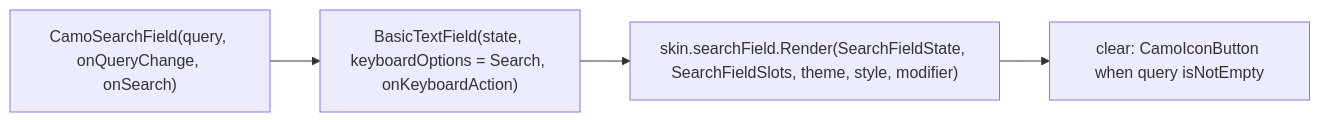
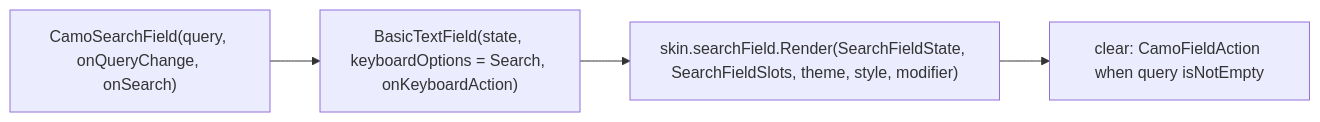
Before and after one commit to srctool/camouflage: the second of 3 diagrams in docs/internal/development/components/03-inputs/07-camo-search-field.mdx, drawn with Mermaid. The commit also changed other lines of this file and 1 other file, not shown here.

````diff
--- a/docs/internal/development/components/03-inputs/07-camo-search-field.mdx
+++ b/docs/internal/development/components/03-inputs/07-camo-search-field.mdx
@@ -114,6 +115,6 @@
 ```mermaid
 flowchart LR
     Call["CamoSearchField(query, onQueryChange, onSearch)"] --> In["BasicTextField(state, keyboardOptions = Search, onKeyboardAction)"]
     In --> R["skin.searchField.Render(SearchFieldState, SearchFieldSlots, theme, style, modifier)"]
-    R --> Clear["clear: CamoIconButton when query isNotEmpty"]
+    R --> Clear["clear: CamoFieldAction when query isNotEmpty"]
 ```
````
